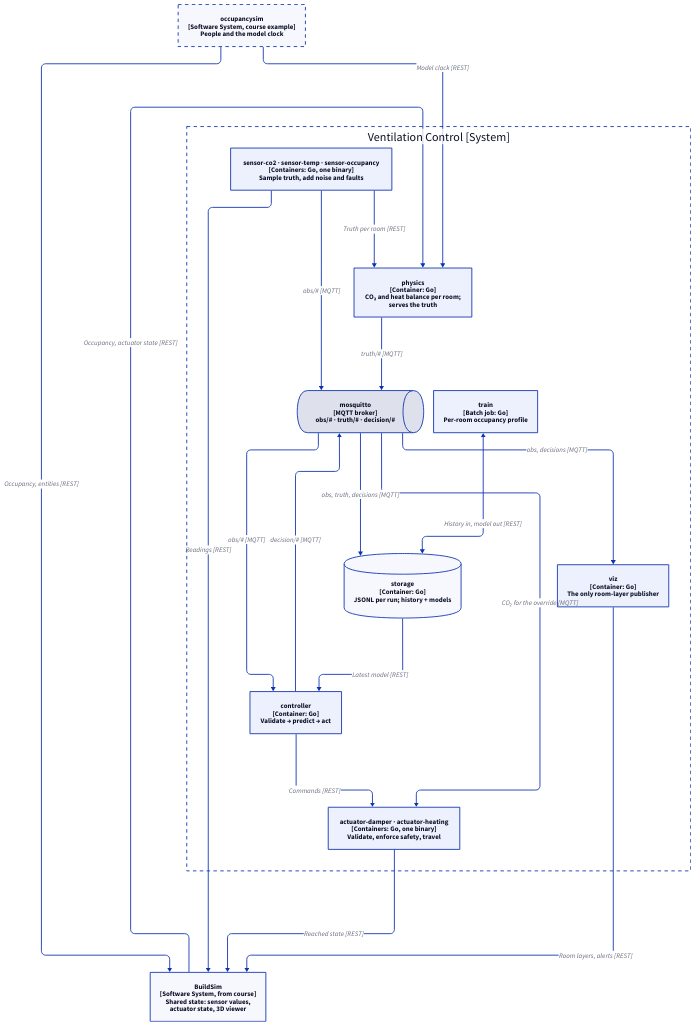
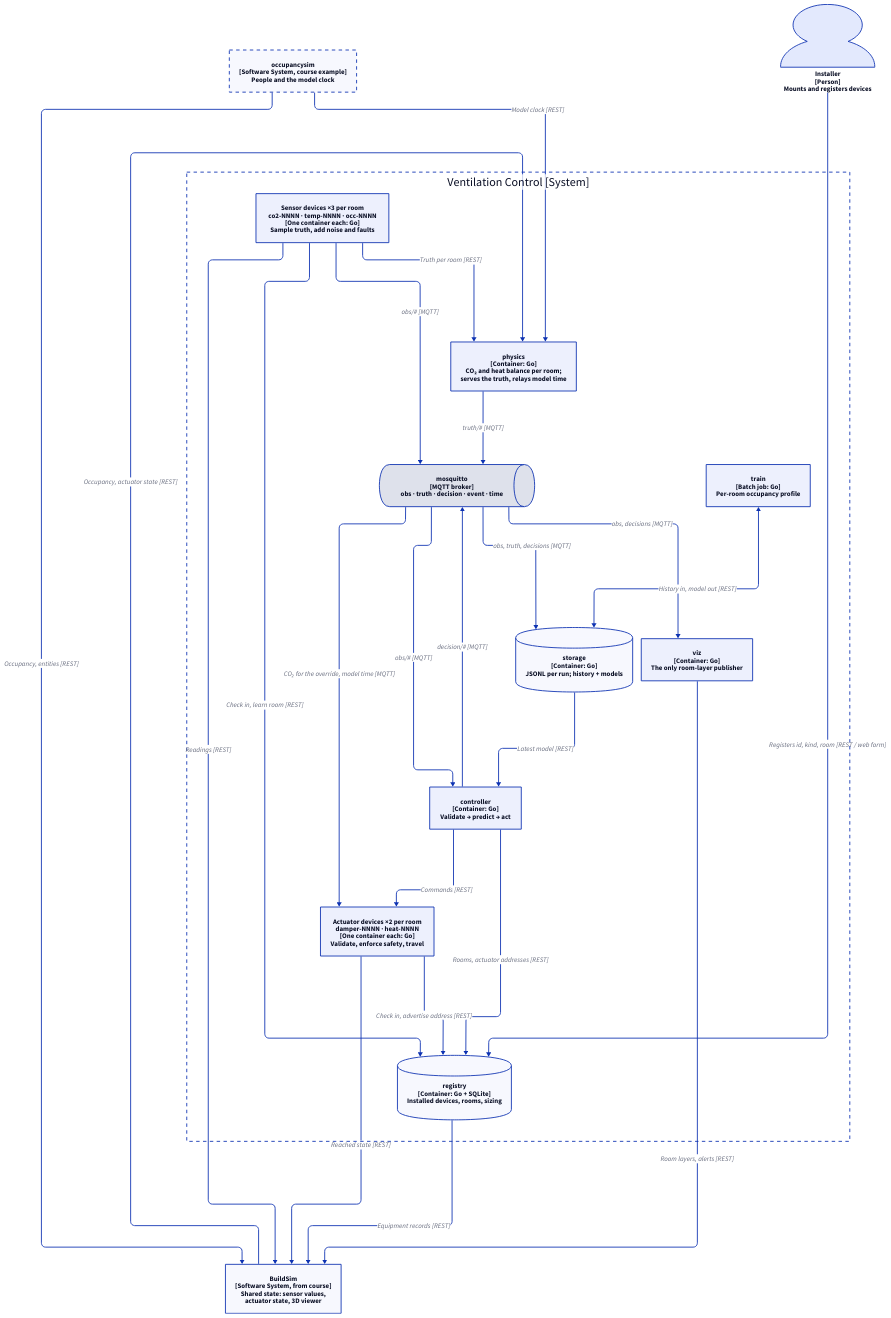
One commit to MisterD0ctor/d7065e-project changed the diagram in docs/diagrams/container.d2. Above: the diagram before and after it, drawn with D2. The commit also changed 29 other files, not shown here.

First line of the commit message:
Device registry: one process per device, commissioned by an installer

```diff
--- a/docs/diagrams/container.d2
+++ b/docs/diagrams/container.d2
@@ -1,48 +1,59 @@
 vars: {
   d2-config: {
     layout-engine: elk
   }
 }
 
 direction: down
 
 bs: "BuildSim\n[Software System, from course]\nShared state: sensor values,\nactuator state, 3D viewer"
 occ: "occupancysim\n[Software System, course example]\nPeople and the model clock" {
   style.stroke-dash: 4
 }
+installer: "Installer\n[Person]\nMounts and registers devices" {
+  shape: person
+}
 
 sys: "Ventilation Control  [System]" {
   style.stroke-dash: 4
   style.fill: transparent
 
-  physics: "physics\n[Container: Go]\nCO₂ and heat balance per room;\nserves the truth"
-  sensors: "sensor-co2 · sensor-temp · sensor-occupancy\n[Containers: Go, one binary]\nSample truth, add noise and faults"
-  broker: "mosquitto\n[MQTT broker]\nobs/# · truth/# · decision/#" {
+  physics: "physics\n[Container: Go]\nCO₂ and heat balance per room;\nserves the truth, relays model time"
+  registry: "registry\n[Container: Go + SQLite]\nInstalled devices, rooms, sizing" {
+    shape: cylinder
+  }
+  sensors: "Sensor devices ×3 per room\nco2-NNNN · temp-NNNN · occ-NNNN\n[One container each: Go]\nSample truth, add noise and faults"
+  broker: "mosquitto\n[MQTT broker]\nobs · truth · decision · event · time" {
     shape: queue
   }
   controller: "controller\n[Container: Go]\nValidate → predict → act"
-  actuators: "actuator-damper · actuator-heating\n[Containers: Go, one binary]\nValidate, enforce safety, travel"
+  actuators: "Actuator devices ×2 per room\ndamper-NNNN · heat-NNNN\n[One container each: Go]\nValidate, enforce safety, travel"
   storage: "storage\n[Container: Go]\nJSONL per run; history + models" {
     shape: cylinder
   }
   train: "train\n[Batch job: Go]\nPer-room occupancy profile"
   viz: "viz\n[Container: Go]\nThe only room-layer publisher"
 }
 
+installer -> sys.registry: "Registers id, kind, room [REST / web form]"
 occ -> bs: "Occupancy, entities [REST]"
 occ -> sys.physics: "Model clock [REST]"
 bs -> sys.physics: "Occupancy, actuator state [REST]"
+sys.sensors -> sys.registry: "Check in, learn room [REST]"
+sys.actuators -> sys.registry: "Check in, advertise address [REST]"
+sys.controller -> sys.registry: "Rooms, actuator addresses [REST]"
+sys.registry -> bs: "Equipment records [REST]"
 sys.sensors -> sys.physics: "Truth per room [REST]"
 sys.sensors -> bs: "Readings [REST]"
 sys.sensors -> sys.broker: "obs/# [MQTT]"
 sys.physics -> sys.broker: "truth/# [MQTT]"
 sys.broker -> sys.controller: "obs/# [MQTT]"
 sys.controller -> sys.broker: "decision/# [MQTT]"
 sys.controller -> sys.actuators: "Commands [REST]"
-sys.broker -> sys.actuators: "CO₂ for the override [MQTT]"
+sys.broker -> sys.actuators: "CO₂ for the override, model time [MQTT]"
 sys.actuators -> bs: "Reached state [REST]"
 sys.broker -> sys.storage: "obs, truth, decisions [MQTT]"
 sys.storage -> sys.controller: "Latest model [REST]"
 sys.train <-> sys.storage: "History in, model out [REST]"
 sys.broker -> sys.viz: "obs, decisions [MQTT]"
 sys.viz -> bs: "Room layers, alerts [REST]"
```
